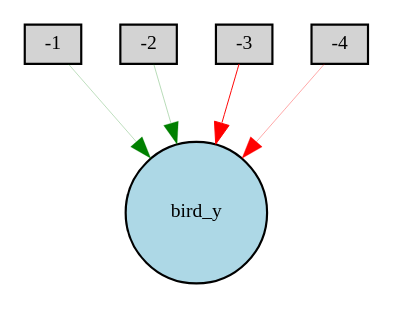
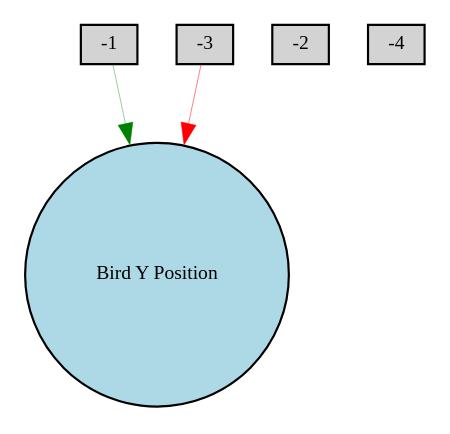
One commit to nikankad/NEAT-games changed the diagram in best_net.gv. Above: the diagram before and after it, drawn with Graphviz. The commit also changed 15 other files, not shown here.

```diff
--- a/best_net.gv
+++ b/best_net.gv
@@ -1,12 +1,10 @@
 digraph {
 	node [fontsize=9 height=0.2 shape=circle width=0.2]
 	-1 [fillcolor=lightgray shape=box style=filled]
 	-2 [fillcolor=lightgray shape=box style=filled]
 	-3 [fillcolor=lightgray shape=box style=filled]
 	-4 [fillcolor=lightgray shape=box style=filled]
-	bird_y [fillcolor=lightblue style=filled]
-	-1 -> bird_y [color=green penwidth=0.11709910125229826 style=solid]
-	-2 -> bird_y [color=green penwidth=0.12794384177848536 style=solid]
-	-3 -> bird_y [color=red penwidth=0.45480328740509623 style=solid]
-	-4 -> bird_y [color=red penwidth=0.1629565567466747 style=solid]
+	"Bird Y Position" [fillcolor=lightblue style=filled]
+	-3 -> "Bird Y Position" [color=red penwidth=0.22875998834326952 style=solid]
+	-1 -> "Bird Y Position" [color=green penwidth=0.1846131015667694 style=solid]
 }
```
